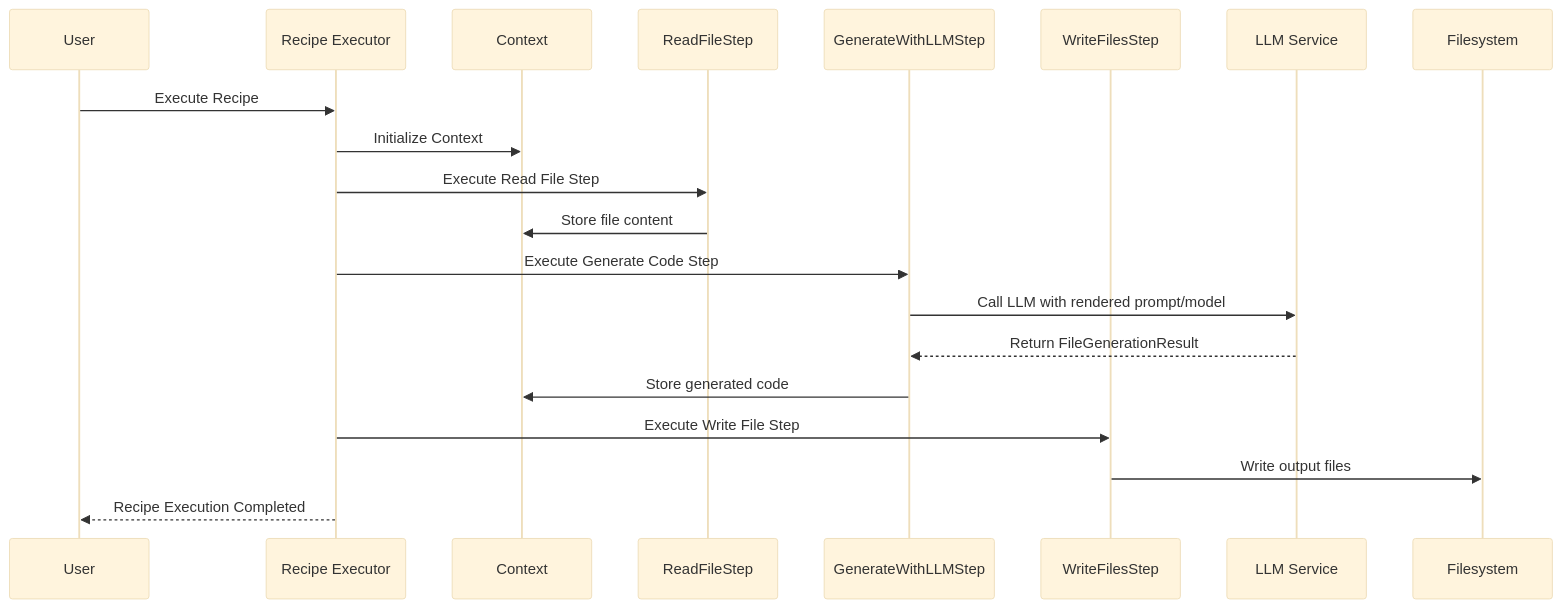
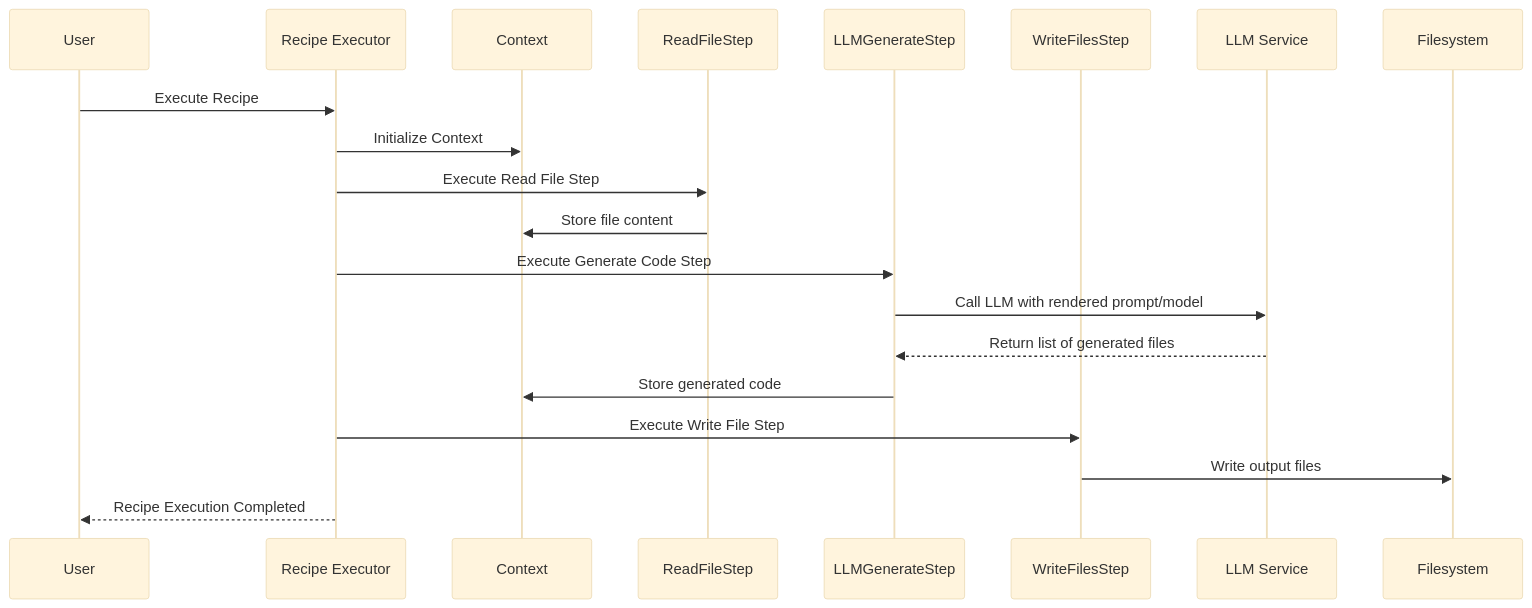
Before and after one commit to robotdad/recipe-tool: the first of 2 diagrams in docs/diagrams.md, drawn with Mermaid (base theme). The commit also changed 194 other files, not shown here.

````diff
--- a/docs/diagrams.md
+++ b/docs/diagrams.md
@@ -5,22 +5,22 @@
 ```mermaid
 sequenceDiagram
     participant U as User
     participant RE as Recipe Executor
     participant Ctx as Context
     participant RFS as ReadFileStep
-    participant GLL as GenerateWithLLMStep
+    participant GLL as LLMGenerateStep
     participant WFS as WriteFilesStep
     participant LLM as LLM Service
 
     U->>RE: Execute Recipe
     RE->>Ctx: Initialize Context
     RE->>RFS: Execute Read File Step
     RFS->>Ctx: Store file content
     RE->>GLL: Execute Generate Code Step
     GLL->>LLM: Call LLM with rendered prompt/model
-    LLM-->>GLL: Return FileGenerationResult
+    LLM-->>GLL: Return list of generated files
     GLL->>Ctx: Store generated code
     RE->>WFS: Execute Write File Step
     WFS->>Filesystem: Write output files
     RE-->>U: Recipe Execution Completed
 ```
````
